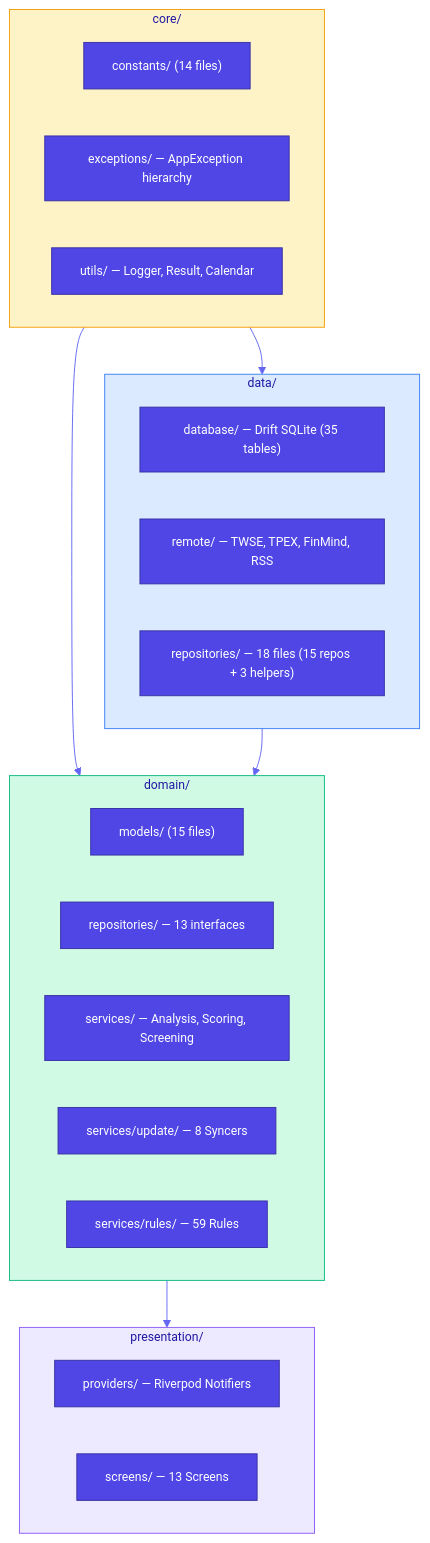
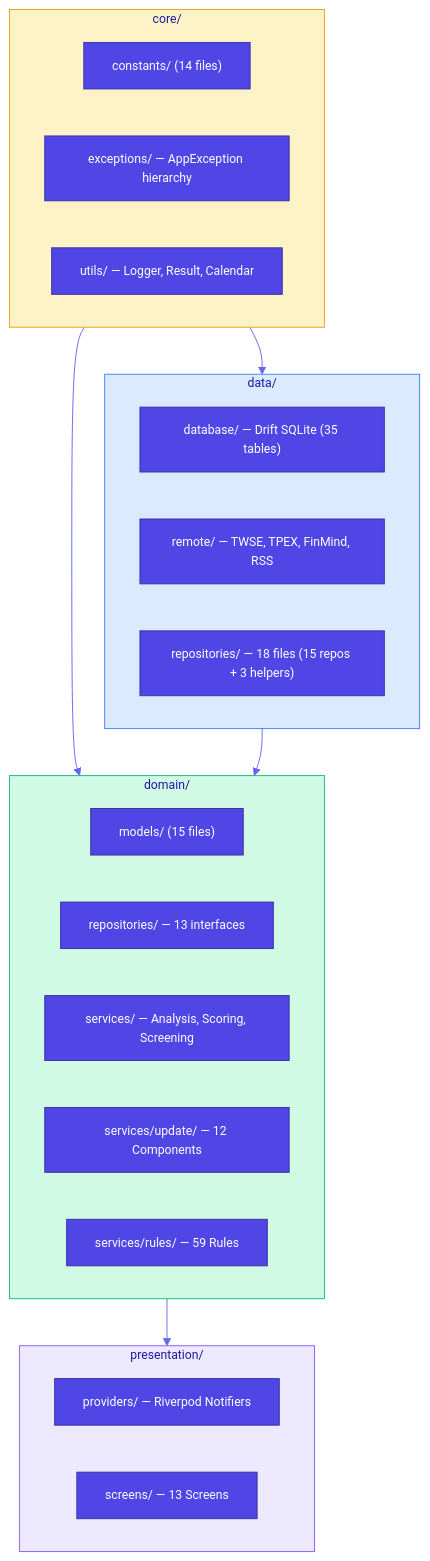
The second of 4 diagrams in CLAUDE.md (Neal75418/afterclose), drawn with Mermaid before and after one commit. The commit also changed other lines of this file and 40 other files, not shown here.

````diff
--- a/CLAUDE.md
+++ b/CLAUDE.md
@@ -59,38 +59,38 @@
 ```mermaid
 %%{init: {'theme': 'base', 'themeVariables': {'primaryColor': '#4F46E5', 'primaryTextColor': '#fff', 'primaryBorderColor': '#3730A3', 'lineColor': '#6366F1', 'fontSize': '13px'}}}%%
 flowchart TB
     subgraph Core["core/"]
         Constants["constants/ (14 files)"]
         Exceptions["exceptions/ — AppException hierarchy"]
         Utils["utils/ — Logger, Result, Calendar"]
     end
 
     subgraph Data["data/"]
         Database["database/ — Drift SQLite (35 tables)"]
         Remote["remote/ — TWSE, TPEX, FinMind, RSS"]
         Repos["repositories/ — 18 files (15 repos + 3 helpers)"]
     end
 
     subgraph Domain["domain/"]
         Models["models/ (15 files)"]
         RepoIF["repositories/ — 13 interfaces"]
         Services["services/ — Analysis, Scoring, Screening"]
-        Update["services/update/ — 8 Syncers"]
+        Update["services/update/ — 12 Components"]
         Rules["services/rules/ — 59 Rules"]
     end
 
     subgraph Presentation["presentation/"]
         Providers["providers/ — Riverpod Notifiers"]
         Screens["screens/ — 13 Screens"]
     end
 
     Core --> Data
     Core --> Domain
     Data --> Domain
     Domain --> Presentation
 
     style Core fill:#FEF3C7,stroke:#F59E0B
     style Data fill:#DBEAFE,stroke:#3B82F6
     style Domain fill:#D1FAE5,stroke:#10B981
     style Presentation fill:#EDE9FE,stroke:#8B5CF6
 ```
````
